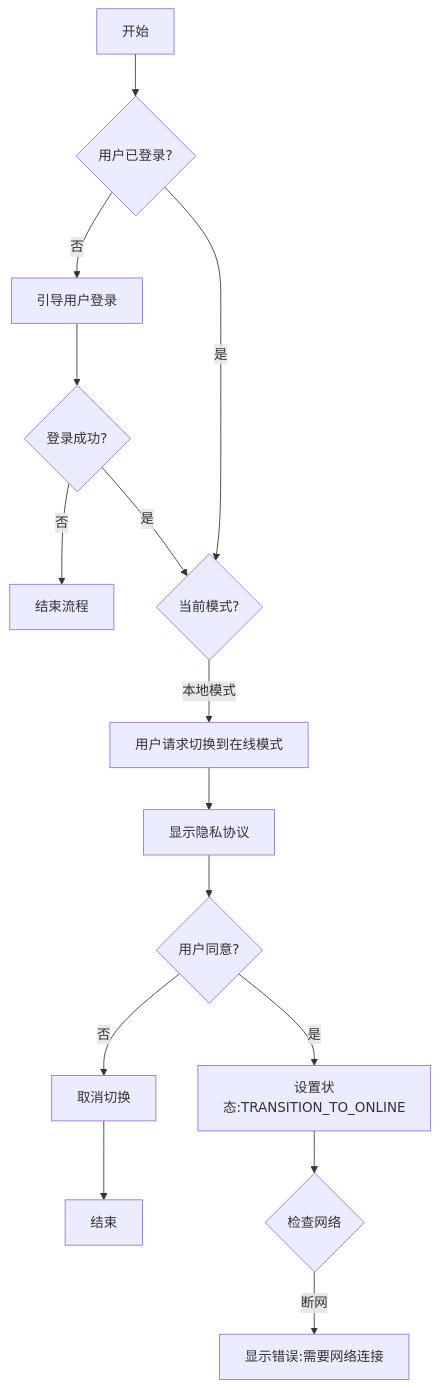
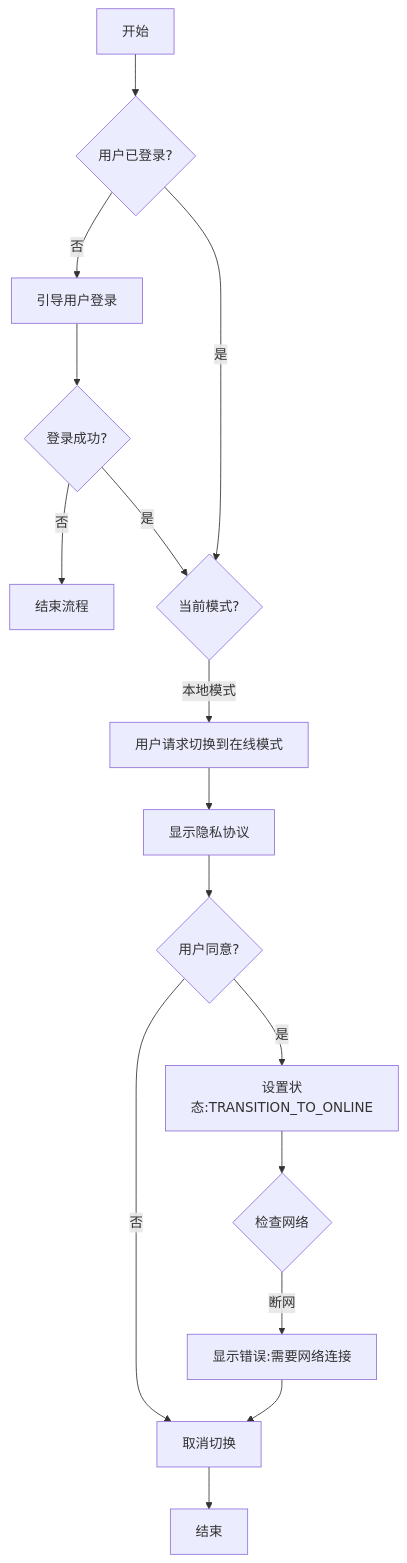
The diagram in all/未命名-48.md (yingjianzh/iodraw-files), drawn with Mermaid before and after one commit.

Commit message:
2025-05-07 16:56:19 update

````diff
--- a/all/未命名-48.md
+++ b/all/未命名-48.md
@@ -1,19 +1,20 @@
 ```mermaid
 flowchart TD
     A[开始] --> AA{用户已登录?}
     AA -->|否| AB[引导用户登录]
     AB --> AC{登录成功?}
     AC -->|否| AD[结束流程]
     AC -->|是| B
     AA -->|是| B
     
     B{当前模式?} -->|本地模式| C[用户请求切换到在线模式]
     C --> F[显示隐私协议]
     F --> G{用户同意?}
     G -->|否| H[取消切换]
     H --> Z[结束]
     G -->|是| I[设置状态:TRANSITION_TO_ONLINE]
     I --> J{检查网络}
     J -->|断网| K[显示错误:需要网络连接]
+    K --> H
     
 ```
````
